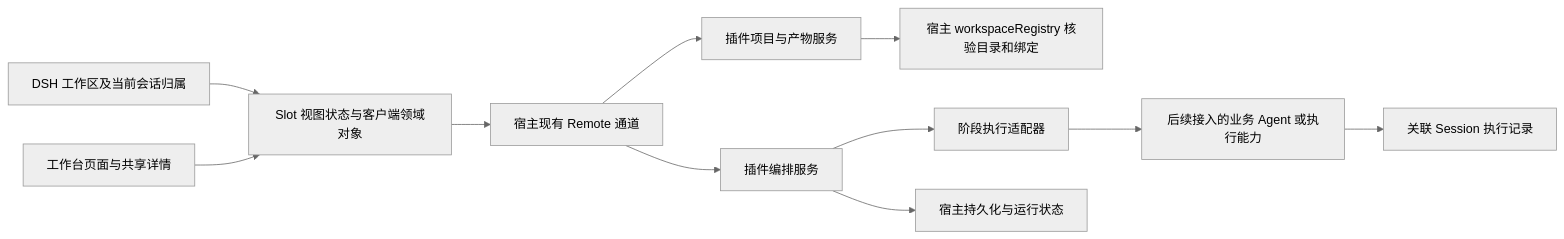
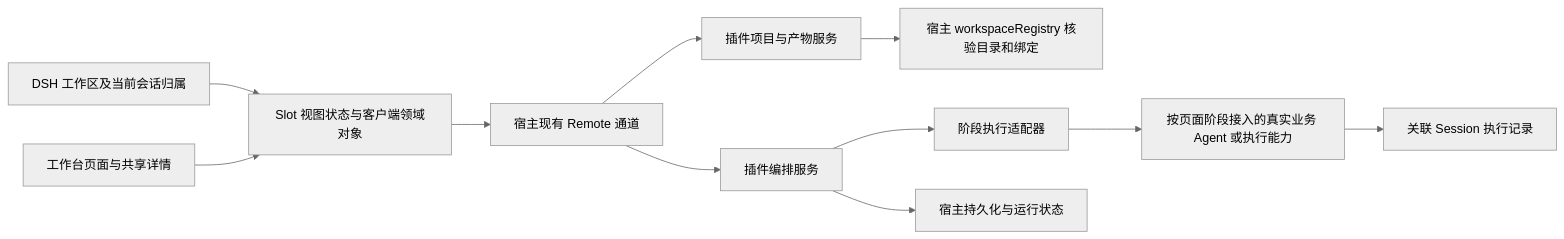
Before and after one commit to whj0512/dsh-sidebar-workbench: the third of 3 diagrams in docs/三条流水线集成方案.md, drawn with Mermaid (neutral theme). The commit also changed other lines of this file and 31 other files, not shown here.

````diff
--- a/docs/三条流水线集成方案.md
+++ b/docs/三条流水线集成方案.md
@@ -321,13 +316,13 @@
 ```mermaid
 flowchart LR
     WS[DSH 工作区及当前会话归属] --> VM
     UI[工作台页面与共享详情] --> VM[Slot 视图状态与客户端领域对象]
     VM --> API[宿主现有 Remote 通道]
     API --> PS[插件项目与产物服务]
     PS --> WR[宿主 workspaceRegistry 核验目录和绑定]
     API --> OR[插件编排服务]
     OR --> AD[阶段执行适配器]
-    AD --> EX[后续接入的业务 Agent 或执行能力]
+    AD --> EX[按页面阶段接入的真实业务 Agent 或执行能力]
     OR --> ST[宿主持久化与运行状态]
     EX --> SL[关联 Session 执行记录]
 ```
````
